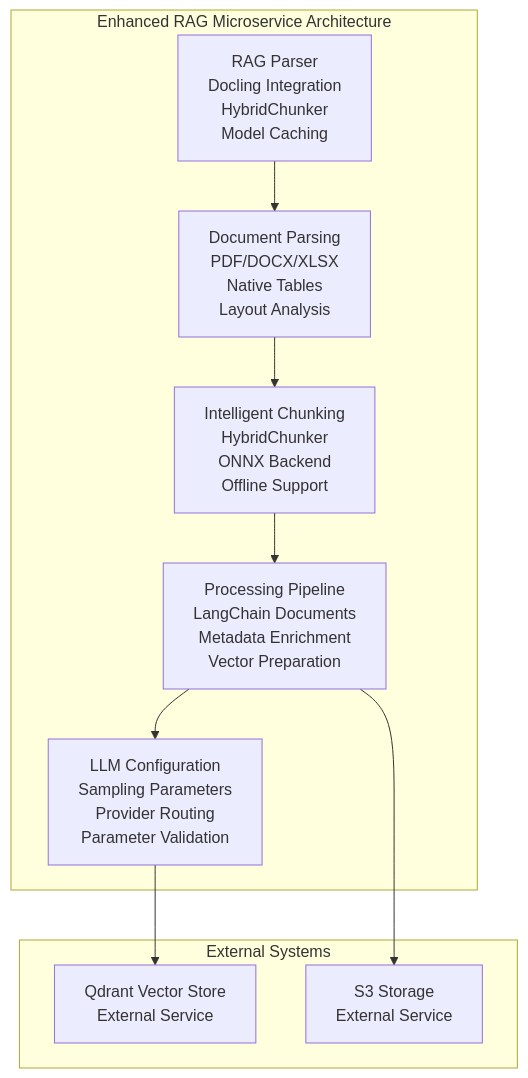
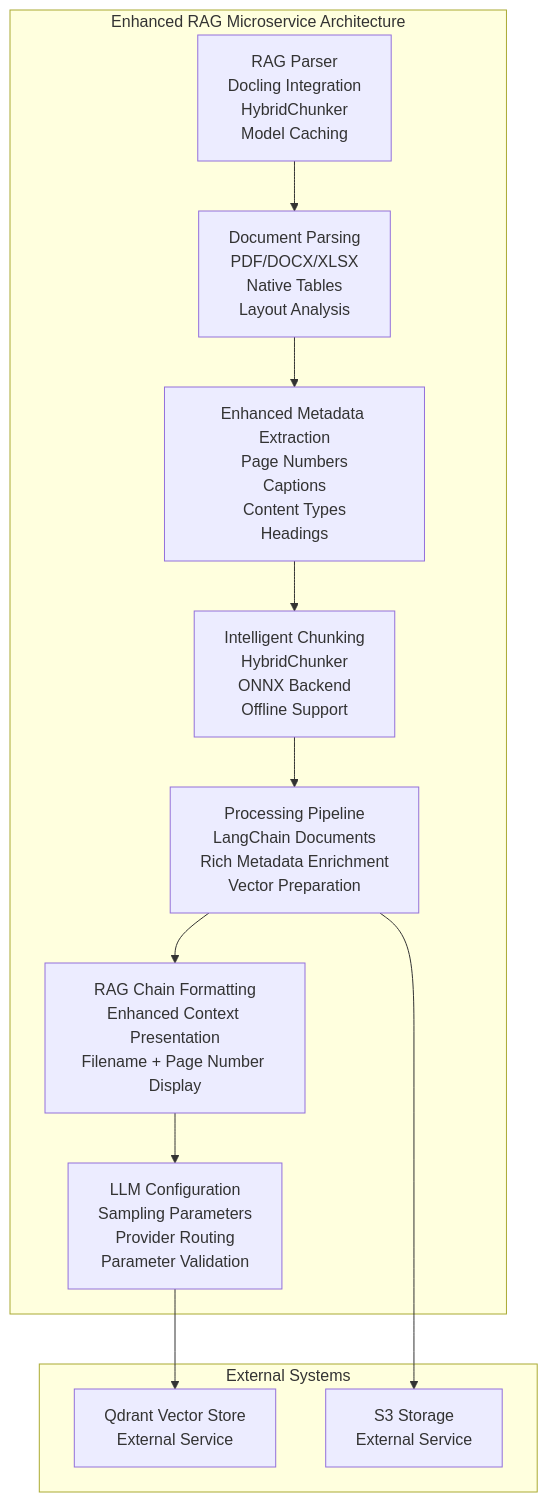
Before and after one commit to ognelis/cafetera_hr_bot: the first of 11 diagrams in .qoder/repowiki/en/content/RAG Integration/RAG Parser Enhancement.md, drawn with Mermaid. The commit also changed other lines of this file and 13 other files, not shown here.

````diff
--- a/.qoder/repowiki/en/content/RAG Integration/RAG Parser Enhancement.md
+++ b/.qoder/repowiki/en/content/RAG Integration/RAG Parser Enhancement.md
@@ -49,20 +50,24 @@
 ```mermaid
 graph TB
 subgraph "Enhanced RAG Microservice Architecture"
 RAG_PARSER["RAG Parser<br/>Docling Integration<br/>HybridChunker<br/>Model Caching"]
 DOC_PARSING["Document Parsing<br/>PDF/DOCX/XLSX<br/>Native Tables<br/>Layout Analysis"]
+METADATA_EXTRACTION["Enhanced Metadata Extraction<br/>Page Numbers<br/>Captions<br/>Content Types<br/>Headings"]
 CHUNKING["Intelligent Chunking<br/>HybridChunker<br/>ONNX Backend<br/>Offline Support"]
-PROCESSING["Processing Pipeline<br/>LangChain Documents<br/>Metadata Enrichment<br/>Vector Preparation"]
+PROCESSING["Processing Pipeline<br/>LangChain Documents<br/>Rich Metadata Enrichment<br/>Vector Preparation"]
+RAG_CHAIN["RAG Chain Formatting<br/>Enhanced Context Presentation<br/>Filename + Page Number Display"]
 LLM_CONFIG["LLM Configuration<br/>Sampling Parameters<br/>Provider Routing<br/>Parameter Validation"]
 end
 subgraph "External Systems"
 QDRANT["Qdrant Vector Store<br/>External Service"]
 S3["S3 Storage<br/>External Service"]
 end
 RAG_PARSER --> DOC_PARSING
-DOC_PARSING --> CHUNKING
+DOC_PARSING --> METADATA_EXTRACTION
+METADATA_EXTRACTION --> CHUNKING
 CHUNKING --> PROCESSING
-PROCESSING --> LLM_CONFIG
+PROCESSING --> RAG_CHAIN
+RAG_CHAIN --> LLM_CONFIG
 LLM_CONFIG --> QDRANT
 PROCESSING --> S3
 ```
````
